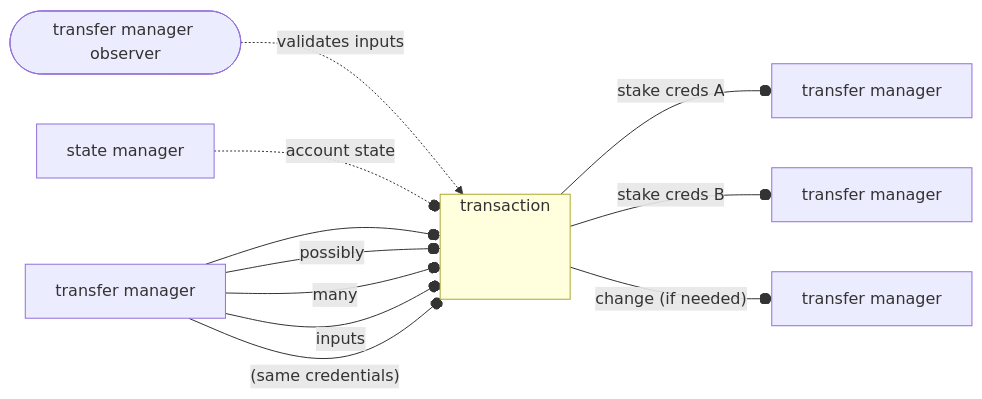
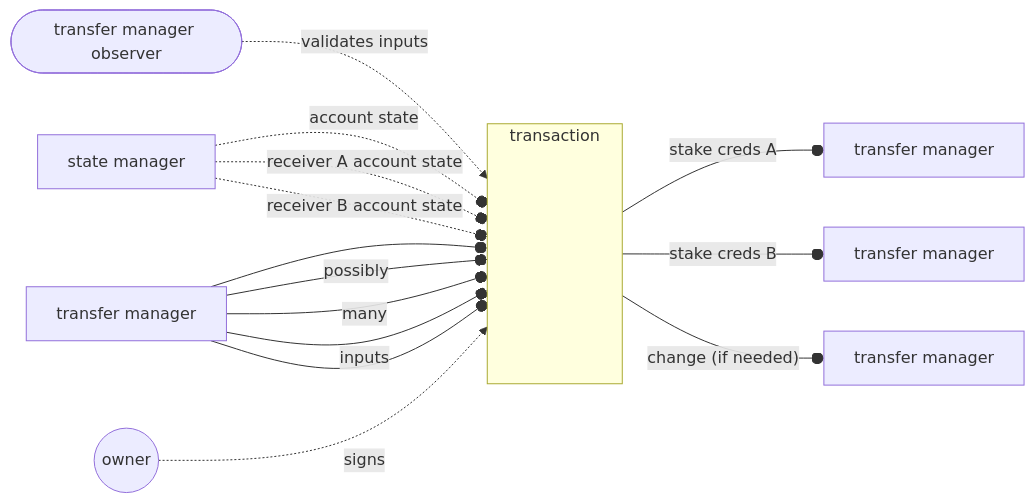
Before and after one commit to cardano-foundation/CIPs: the seventh of 7 diagrams in CIP-meta-assets (ERC20-like assets)/README.md, drawn with Mermaid.

Commit message:
complete transfer mermaid

````diff
--- a/CIP-meta-assets (ERC20-like assets)/README.md
+++ b/CIP-meta-assets (ERC20-like assets)/README.md
@@ -375,29 +375,40 @@
 ```mermaid
 flowchart LR
     transferManagerObserver([transfer manager observer])
     stateManagerContract[state manager]
     transferManagerContract[transfer manager]
 
+    owner((owner))
+
     A[transfer manager]
     B[transfer manager]
     same[transfer manager]
 
     subgraph transaction
+        direction LR
         .[ ]
+        _[ ]
+        z[ ]
         style . fill:#FFFFFF00, stroke:#FFFFFF00;
+        style _ fill:#FFFFFF00, stroke:#FFFFFF00;
+        style z fill:#FFFFFF00, stroke:#FFFFFF00;
     end
 
     transferManagerObserver -. validates inputs .-> transaction
 
     stateManagerContract -. account state .-o transaction
+    stateManagerContract -. receiver A account state .-o transaction
+    stateManagerContract -. receiver B account state .-o transaction
 
     transferManagerContract --o transaction
     transferManagerContract -- possibly --o transaction
     transferManagerContract -- many --o transaction
     transferManagerContract -- inputs --o transaction
-    transferManagerContract -- (same credentials) --o transaction
+    transferManagerContract --o transaction
+
+    owner -. signs .-> transaction
 
     transaction -- stake creds A --o A
     transaction -- stake creds B --o B
     transaction -- change (if needed) --o same
 ```
````
